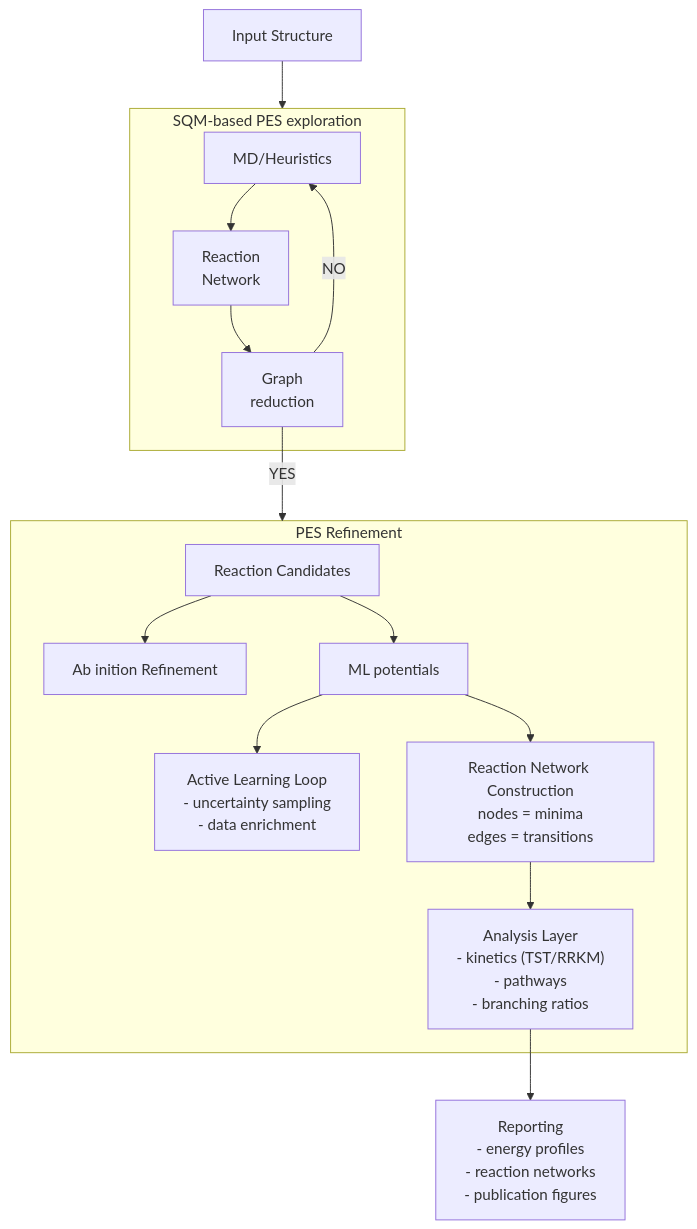
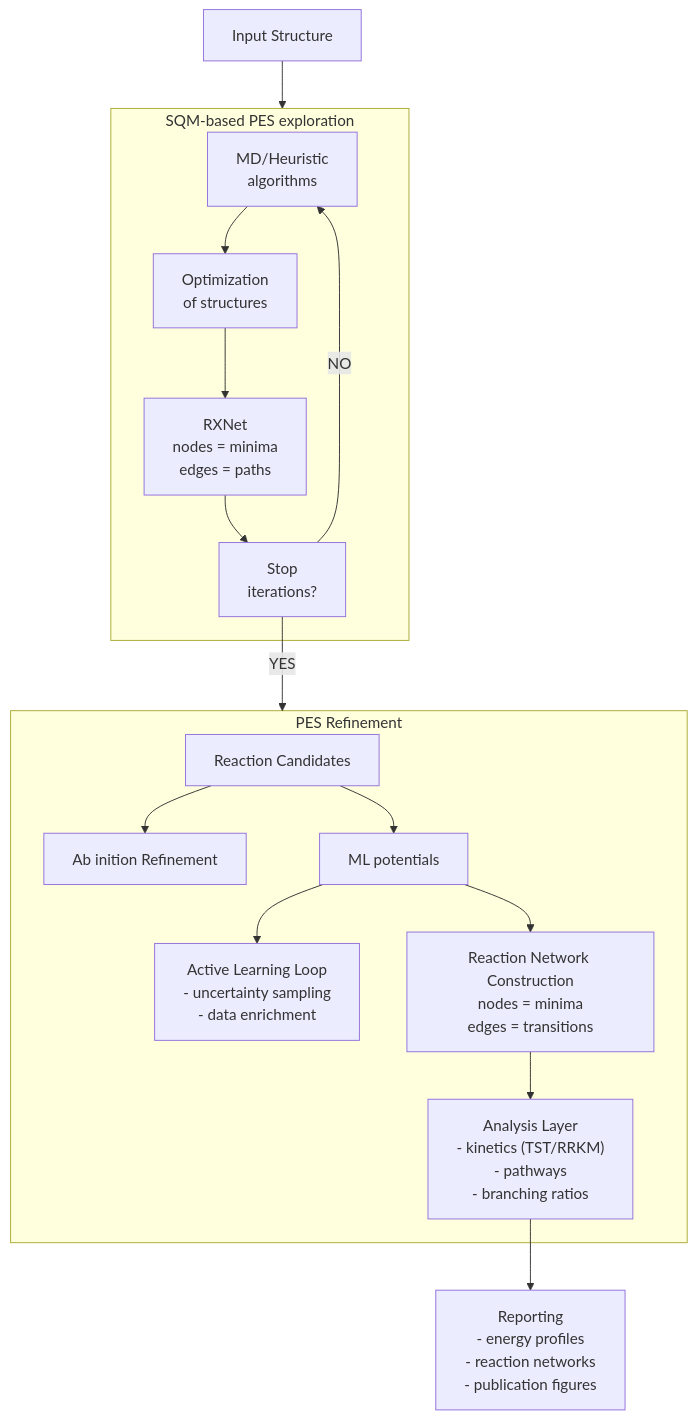
One commit to emartineznunez/mermaid changed the diagram in diagrams/diagrama.mmd. Above: the diagram before and after it, drawn with Mermaid.

```diff
--- a/diagrams/diagrama.mmd
+++ b/diagrams/diagrama.mmd
@@ -1,57 +1,58 @@
 flowchart TD
 
 %% =========================
 %% Input
 %% =========================
 A["Input Structure"]
 
 %% =========================
 %% Exploration layer
 %% =========================
 subgraph EXP[SQM-based PES exploration]
-B1["MD/Heuristics"]
-B1 --> B2["Reaction\n Network"]
-B2 --> B3["Graph\n reduction"]
-B3 -->|NO| B1
+B1["MD/Heuristic\n algorithms "]
+B1 --> B2["Optimization\n of structures"]
+B2 --> B3["RXNet\nnodes = minima\nedges = paths"]
+B3 --> B4["Stop\niterations?"]
+B4 -->|NO| B1
 end
 
 A --> EXP
 
 %% =========================
 %% Refinement layer
 %% =========================
 subgraph REF[PES Refinement]
 
 %% =========================
 %% Reaction discovery
 %% =========================
 C[Reaction Candidates]
 
 %% =========================
 %% Refinement
 %% =========================
 C --> D["Ab inition Refinement"]
 C --> E["ML potentials"]
 
 %% =========================
 %% Active learning loop
 %% =========================
 E --> F["Active Learning Loop\n- uncertainty sampling\n- data enrichment"]
 
 %% =========================
 %% Network construction
 %% =========================
 E --> G["Reaction Network Construction\nnodes = minima\nedges = transitions"]
 
 %% =========================
 %% Analysis
 %% =========================
 G --> H["Analysis Layer\n- kinetics (TST/RRKM)\n- pathways\n- branching ratios"]
 end 
 
-B3 -->|YES| REF 
+B4 -->|YES| REF 
 
 %% =========================
 %% Output
 %% =========================
 H --> I["Reporting\n- energy profiles\n- reaction networks\n- publication figures"]
```
